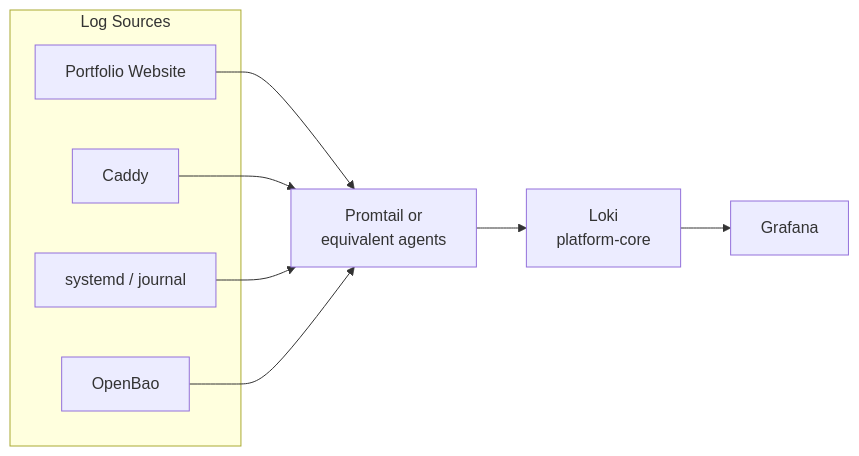
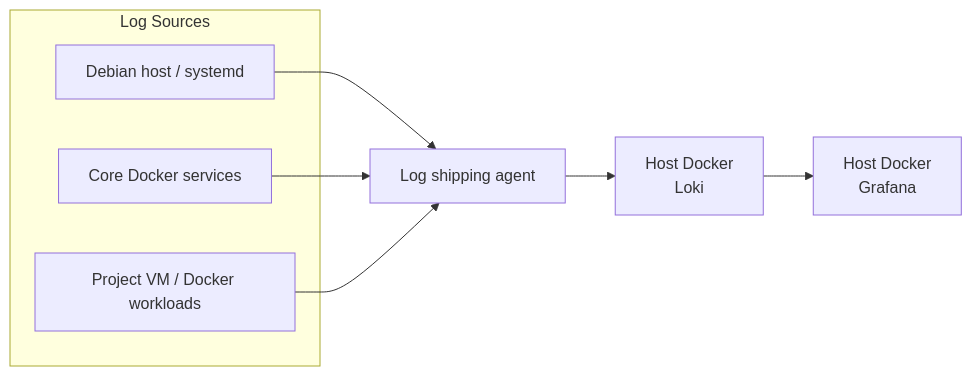
The second of 3 diagrams in docs/architecture/04-observability.md (JT2M0L3Y/homelab), drawn with Mermaid before and after one commit. The commit also changed other lines of this file and 13 other files, not shown here.

````diff
--- a/docs/architecture/04-observability.md
+++ b/docs/architecture/04-observability.md
@@ -29,21 +28,18 @@
 ```mermaid
 flowchart LR
-    subgraph LogSources["Log Sources"]
-        AppLogs[Portfolio Website]
-        CaddyLogs[Caddy]
-        SystemLogs[systemd / journal]
-        OpenBaoLogs[OpenBao]
+    subgraph Sources["Log Sources"]
+        HostLogs[Debian host / systemd]
+        CoreLogs[Core Docker services]
+        ProjectLogs[Project VM / Docker workloads]
     end
 
-    Promtail[Promtail or<br/>equivalent agents]
-    Loki[Loki<br/>platform-core]
-    Grafana[Grafana]
+    Agent[Log shipping agent]
+    Loki[Host Docker<br/>Loki]
+    Grafana[Host Docker<br/>Grafana]
 
-    AppLogs --> Promtail
-    CaddyLogs --> Promtail
-    SystemLogs --> Promtail
-    OpenBaoLogs --> Promtail
-
-    Promtail --> Loki
+    HostLogs --> Agent
+    CoreLogs --> Agent
+    ProjectLogs --> Agent
+    Agent --> Loki
     Loki --> Grafana
 ```
````
